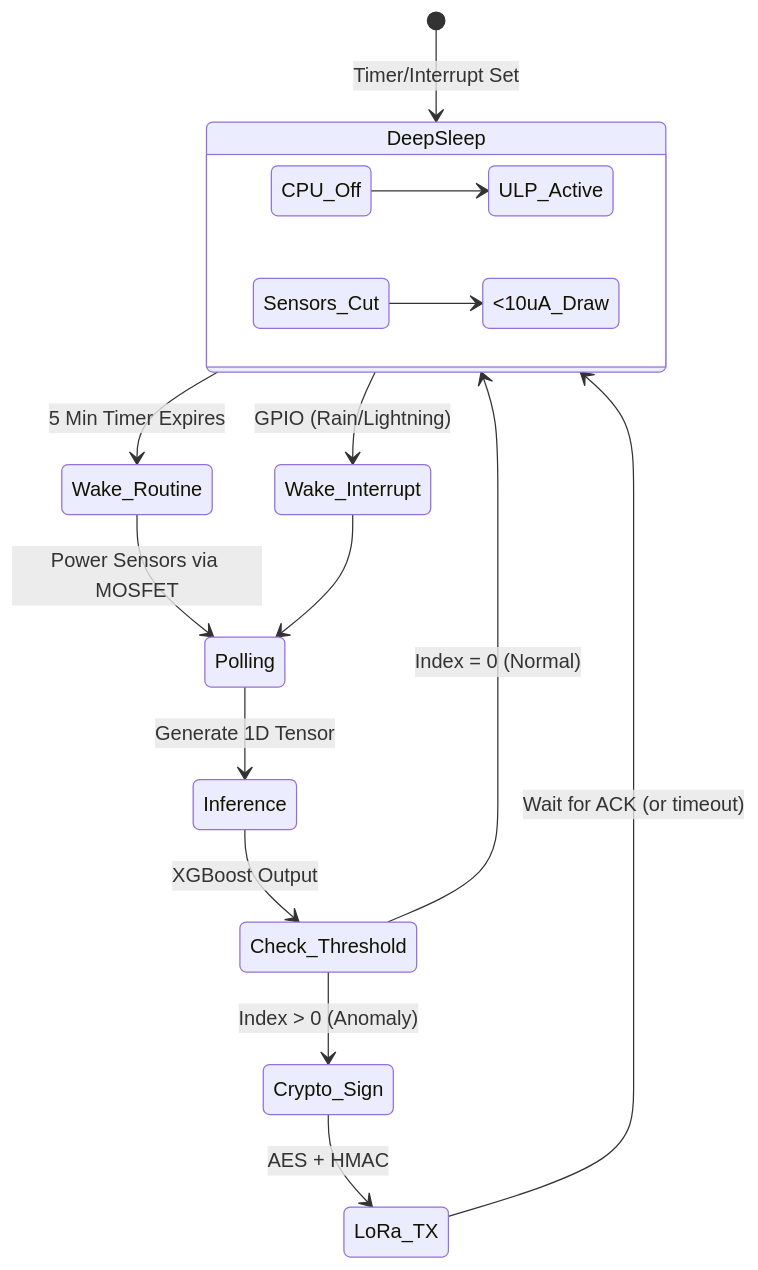
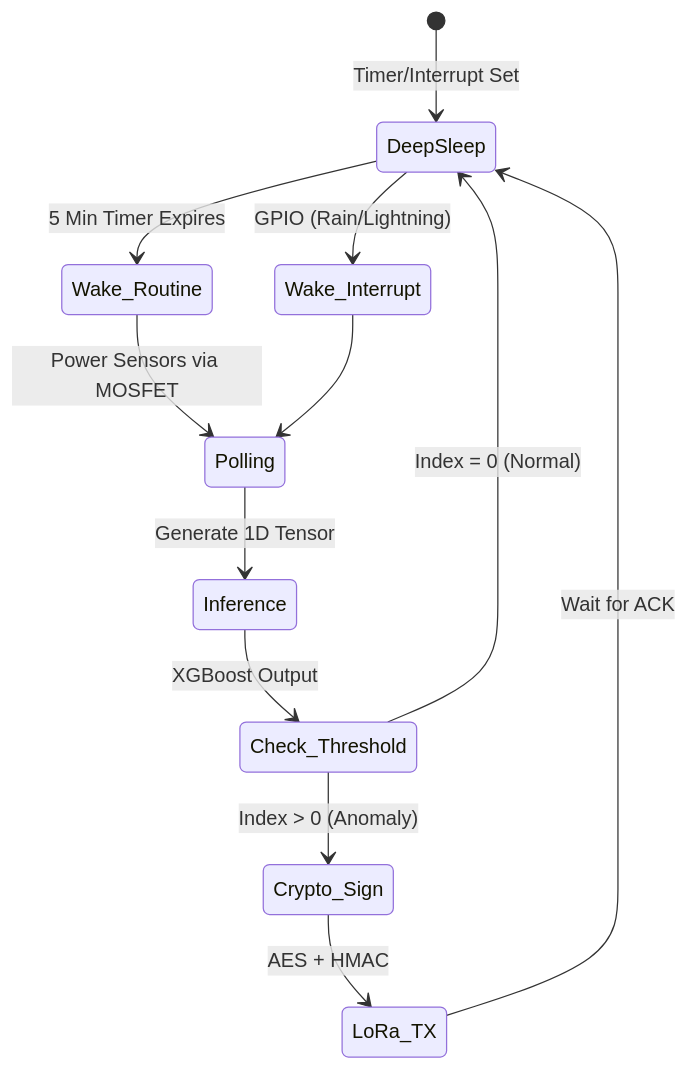
Before and after one commit to ciucoiucyfk/Design-Practicum-Project-: the third of 3 diagrams in overview.md, drawn with Mermaid. The commit also changed other lines of this file, not shown here.

Commit message:
docs: finalize architecture, BOMs, and network protocols

````diff
--- a/overview.md
+++ b/overview.md
@@ -85,25 +86,19 @@
 ```mermaid
 stateDiagram-v2
     [*] --> DeepSleep : Timer/Interrupt Set
     
     DeepSleep --> Wake_Routine : 5 Min Timer Expires
     DeepSleep --> Wake_Interrupt : GPIO (Rain/Lightning)
     
     Wake_Routine --> Polling : Power Sensors via MOSFET
     Wake_Interrupt --> Polling
     
     Polling --> Inference : Generate 1D Tensor
     Inference --> Check_Threshold : XGBoost Output
     
     Check_Threshold --> DeepSleep : Index = 0 (Normal)
     Check_Threshold --> Crypto_Sign : Index > 0 (Anomaly)
     
     Crypto_Sign --> LoRa_TX : AES + HMAC
-    LoRa_TX --> DeepSleep : Wait for ACK (or timeout)
-    
-    state DeepSleep {
-        direction LR
-        CPU_Off --> ULP_Active
-        Sensors_Cut --> <10uA_Draw
-    }
+    LoRa_TX --> DeepSleep : Wait for ACK
 ```
````
